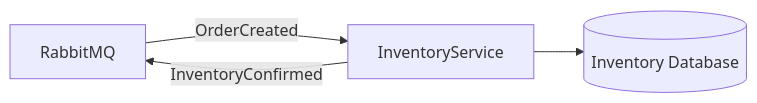
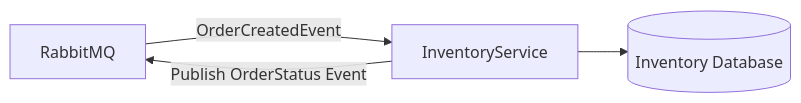
The second of 2 diagrams in README.md (BrandonGatewood/distributedOrderProcessingSystem), drawn with Mermaid before and after one commit. The commit also changed other lines of this file, not shown here.

````diff
--- a/README.md
+++ b/README.md
@@ -59,6 +58,6 @@
 ```mermaid
 flowchart LR
-    RabbitMQ -->|OrderCreated| InventoryService
+    RabbitMQ -->|OrderCreatedEvent| InventoryService
     InventoryService --> InventoryDB[(Inventory Database)]
-    InventoryService -->|InventoryConfirmed| RabbitMQ
+    InventoryService -->|Publish OrderStatus Event| RabbitMQ
 ```
````
